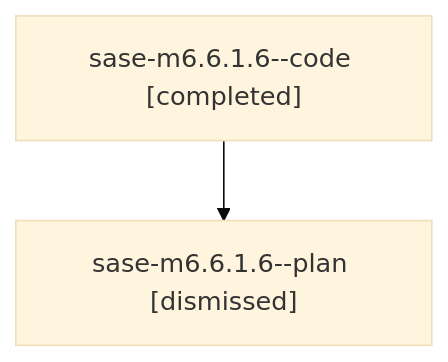
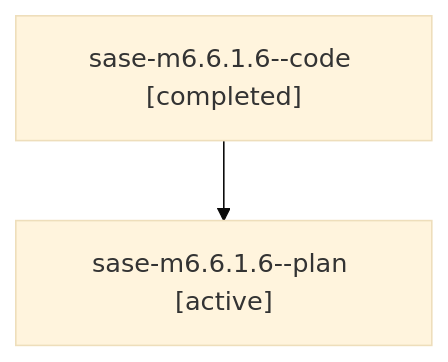
The diagram in families/bbugyi200.athena.sase-m6.6.1.6.md (sase-org/sase--agents), drawn with Mermaid (base theme) before and after one commit. The commit also changed other lines of this file and 35830 other files, not shown here.

````diff
--- a/families/bbugyi200.athena.sase-m6.6.1.6.md
+++ b/families/bbugyi200.athena.sase-m6.6.1.6.md
@@ -9,6 +9,6 @@
 ```mermaid
 flowchart TD
   n0["sase-m6.6.1.6--code [completed]"]
-  n1["sase-m6.6.1.6--plan [dismissed]"]
+  n1["sase-m6.6.1.6--plan [active]"]
   n0 --> n1
 ```
````
